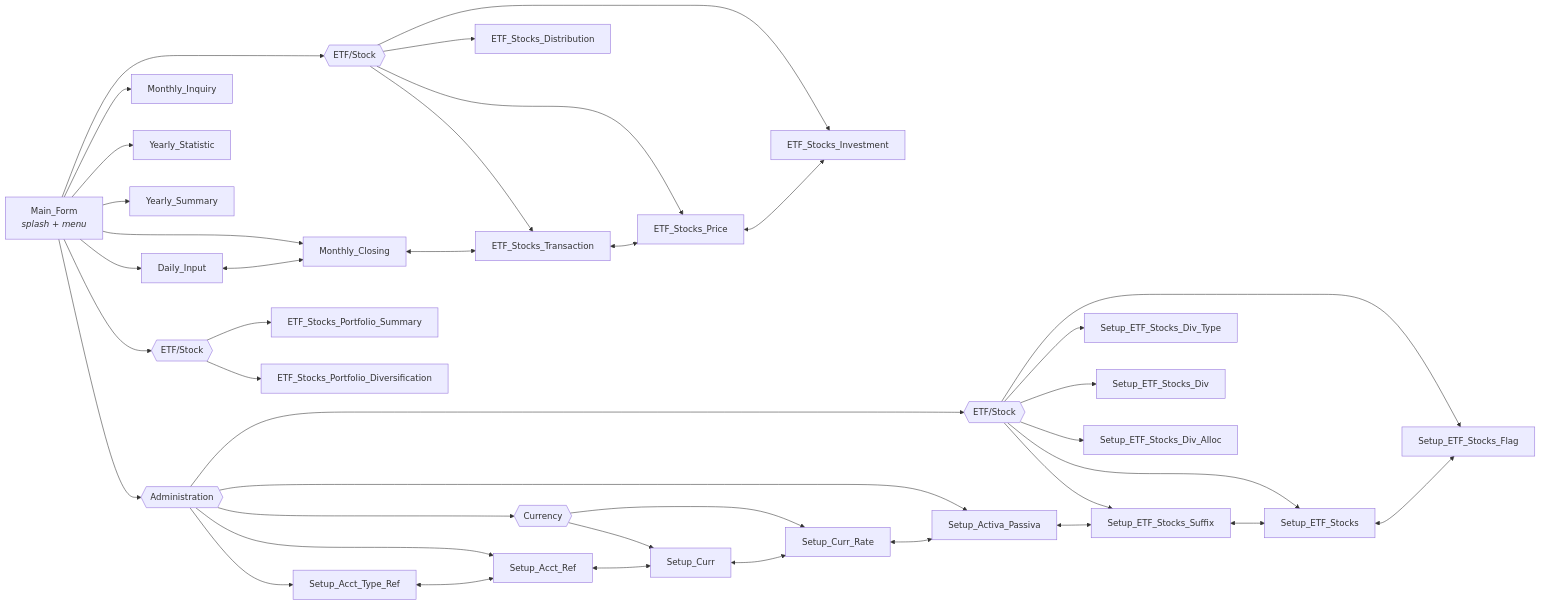
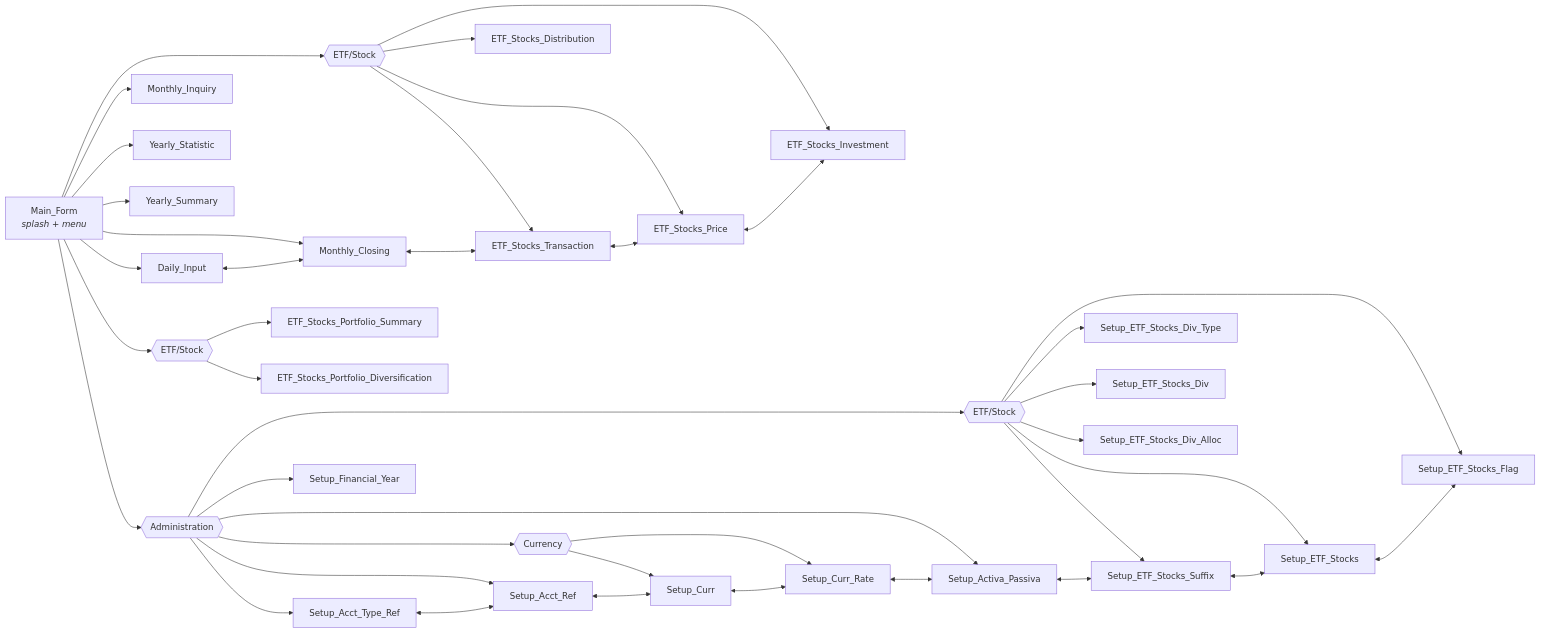
The second of 3 diagrams in README.md (oscar-rijadi/FinancialBalance), drawn with Mermaid before and after one commit. The commit also changed other lines of this file and 56 other files, not shown here.

Commit message:
Implement table for Financial Year

````diff
--- a/README.md
+++ b/README.md
@@ -101,46 +101,47 @@
 ```mermaid
 flowchart LR
     MAIN["Main_Form<br/><i>splash + menu</i>"]
 
     MAIN --> DI["Daily_Input"]
     MAIN --> MC["Monthly_Closing"]
     MAIN --> PETFG{{"ETF/Stock"}}
     PETFG --> ETP["ETF_Stocks_Price"]
     PETFG --> ETI["ETF_Stocks_Investment"]
     PETFG --> ETX["ETF_Stocks_Transaction"]
     PETFG --> ETD["ETF_Stocks_Distribution"]
     MAIN --> MI["Monthly_Inquiry"]
     MAIN --> YT["Yearly_Statistic"]
     MAIN --> YS["Yearly_Summary"]
     MAIN --> PORTG{{"ETF/Stock"}}
     PORTG --> PSUM["ETF_Stocks_Portfolio_Summary"]
     PORTG --> PDIV["ETF_Stocks_Portfolio_Diversification"]
 
     MAIN --> ADMIN{{"Administration"}}
     ADMIN --> SATR["Setup_Acct_Type_Ref"]
     ADMIN --> SAR["Setup_Acct_Ref"]
     ADMIN --> CURG{{"Currency"}}
     CURG --> SC["Setup_Curr"]
     CURG --> SCR["Setup_Curr_Rate"]
     ADMIN --> SAP["Setup_Activa_Passiva"]
+    ADMIN --> SFY["Setup_Financial_Year"]
     ADMIN --> ETFG{{"ETF/Stock"}}
     ETFG --> SES["Setup_ETF_Stocks_Suffix"]
     ETFG --> SET["Setup_ETF_Stocks"]
     ETFG --> SEF["Setup_ETF_Stocks_Flag"]
     ETFG --> SDT["Setup_ETF_Stocks_Div_Type"]
     ETFG --> SDV["Setup_ETF_Stocks_Div"]
     ETFG --> SDA["Setup_ETF_Stocks_Div_Alloc"]
 
     DI <--> MC
     MC <--> ETX
     ETX <--> ETP
     ETP <--> ETI
 
     SATR <--> SAR
     SAR <--> SC
     SC <--> SCR
     SCR <--> SAP
     SAP <--> SES
     SES <--> SET
     SET <--> SEF
 ```
````
